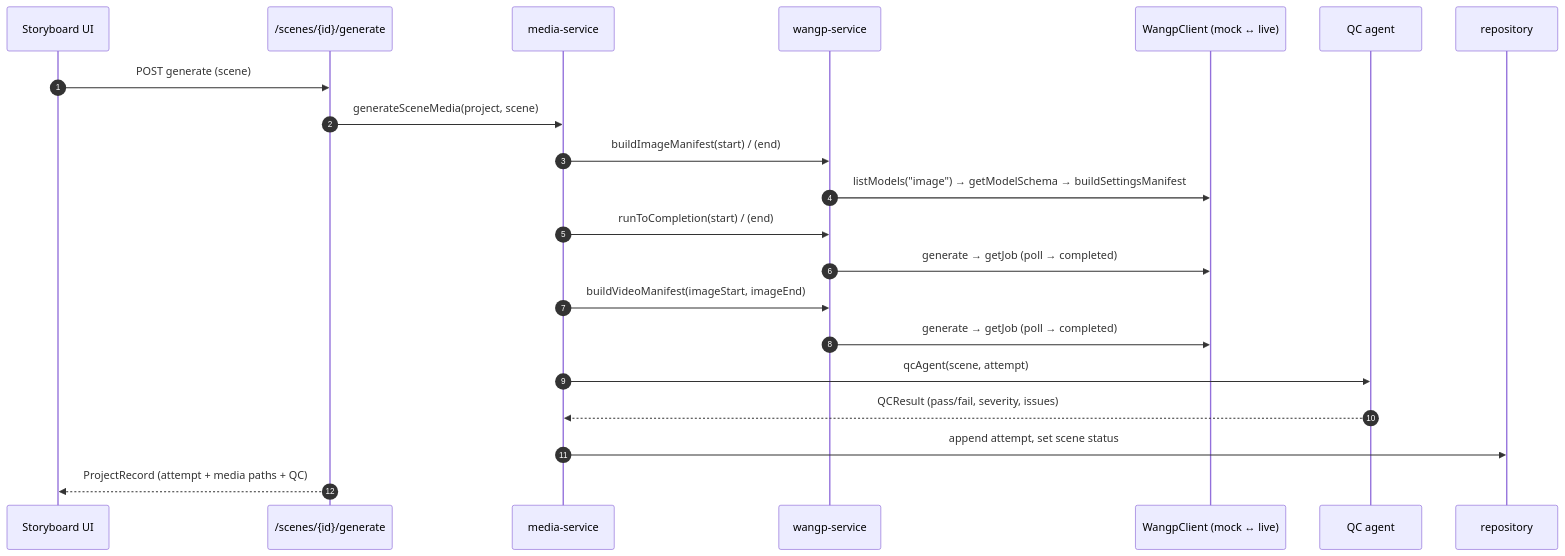
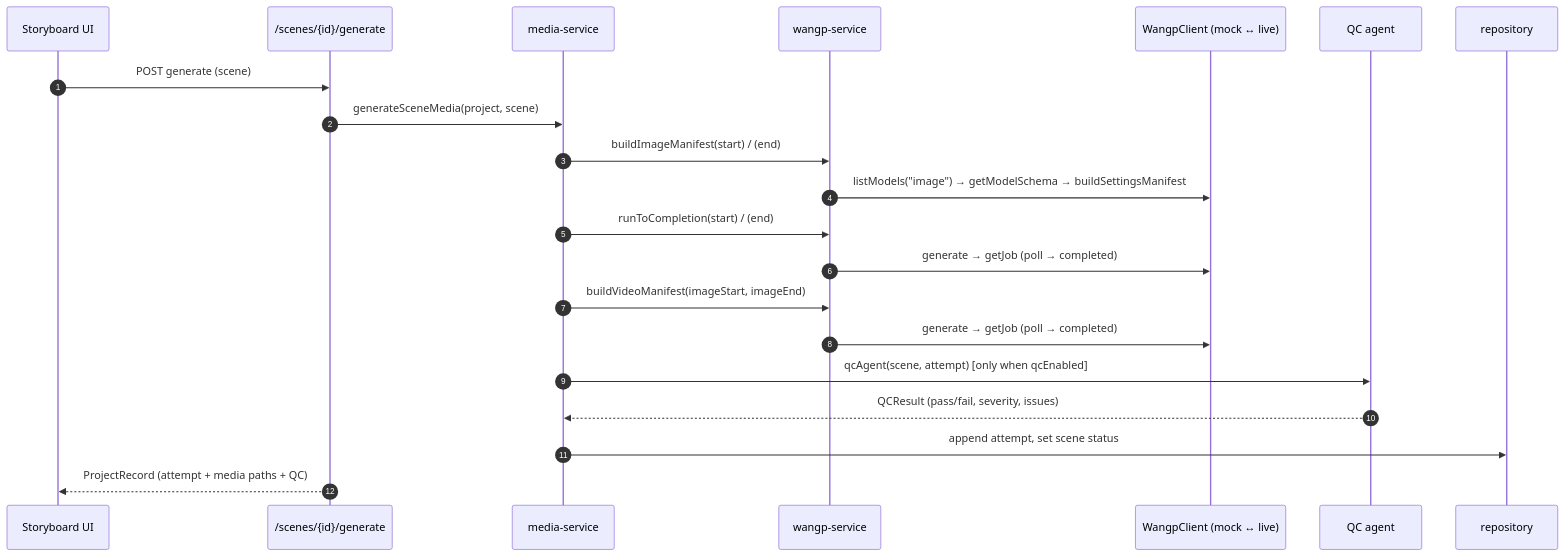
The sixth of 14 diagrams in docs/ARCHITECTURE.md (jamesbas/storyforgeai), drawn with Mermaid before and after one commit. The commit also changed other lines of this file and 3 other files, not shown here.

````diff
--- a/docs/ARCHITECTURE.md
+++ b/docs/ARCHITECTURE.md
@@ -208,24 +230,24 @@
 ```mermaid
 sequenceDiagram
     autonumber
     participant UI as Storyboard UI
     participant API as /scenes/{id}/generate
     participant MS as media-service
     participant WS as wangp-service
     participant WC as WangpClient (mock ↔ live)
     participant QC as QC agent
     participant DB as repository
 
     UI->>API: POST generate (scene)
     API->>MS: generateSceneMedia(project, scene)
     MS->>WS: buildImageManifest(start) / (end)
     WS->>WC: listModels("image") → getModelSchema → buildSettingsManifest
     MS->>WS: runToCompletion(start) / (end)
     WS->>WC: generate → getJob (poll → completed)
     MS->>WS: buildVideoManifest(imageStart, imageEnd)
     WS->>WC: generate → getJob (poll → completed)
-    MS->>QC: qcAgent(scene, attempt)
+    MS->>QC: qcAgent(scene, attempt) [only when qcEnabled]
     QC-->>MS: QCResult (pass/fail, severity, issues)
     MS->>DB: append attempt, set scene status
     API-->>UI: ProjectRecord (attempt + media paths + QC)
 ```
````
